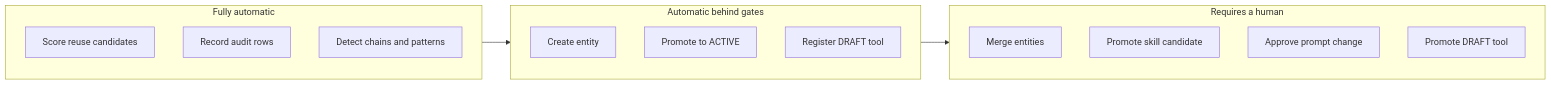
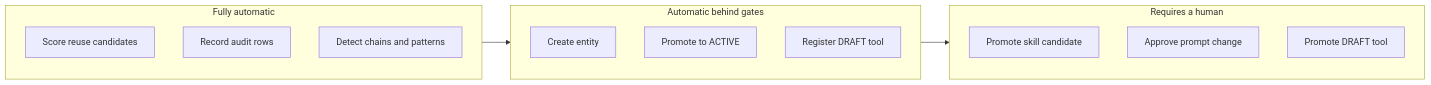
Diagram 13 of 13 in docs/current/11-meta-intelligence.md (gondolerahul/hire-buddha-app), drawn with Mermaid before and after one commit. The commit also changed other lines of this file and 30 other files, not shown here.

````diff
--- a/docs/current/11-meta-intelligence.md
+++ b/docs/current/11-meta-intelligence.md
@@ -1258,20 +861,19 @@
 ```mermaid
 flowchart LR
     subgraph Auto["Fully automatic"]
         A1["Score reuse candidates"]
         A2["Record audit rows"]
         A3["Detect chains and patterns"]
     end
     subgraph Gated["Automatic behind gates"]
         G1["Create entity"]
         G2["Promote to ACTIVE"]
         G3["Register DRAFT tool"]
     end
     subgraph Human["Requires a human"]
-        H1["Merge entities"]
         H2["Promote skill candidate"]
         H3["Approve prompt change"]
         H4["Promote DRAFT tool"]
     end
     Auto --> Gated --> Human
 ```
````
